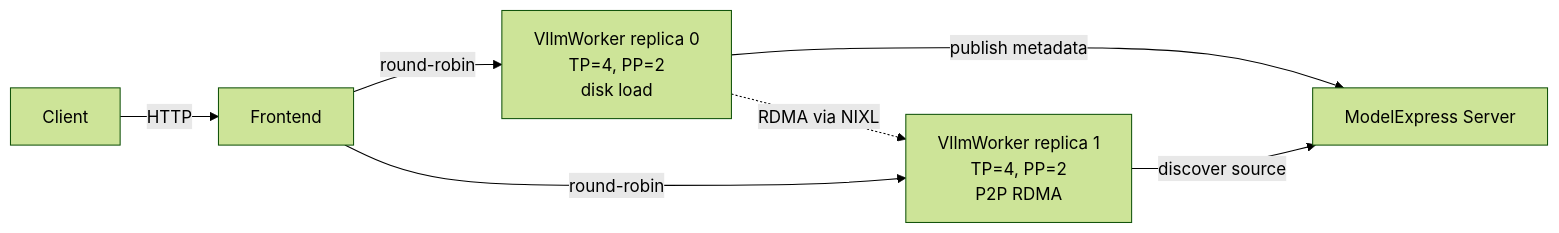
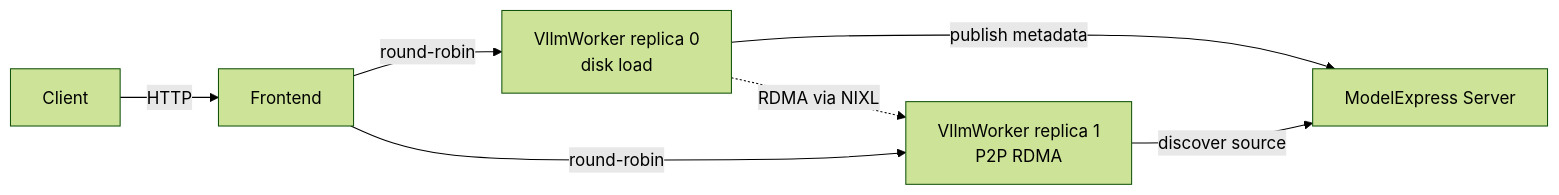
The first of 2 diagrams in examples/dynamo_p2p_transfer_k8s/README.md (ai-dynamo/modelexpress), drawn with Mermaid (forest theme) before and after one commit. The commit also changed other lines of this file and 3 other files, not shown here.

````diff
--- a/examples/dynamo_p2p_transfer_k8s/README.md
+++ b/examples/dynamo_p2p_transfer_k8s/README.md
@@ -7,9 +16,9 @@
 ```mermaid
 graph LR
     Client -->|HTTP| Frontend
-    Frontend -->|round-robin| Worker0[VllmWorker replica 0<br/>TP=4, PP=2<br/>disk load]
-    Frontend -->|round-robin| Worker1[VllmWorker replica 1<br/>TP=4, PP=2<br/>P2P RDMA]
+    Frontend -->|round-robin| Worker0[VllmWorker replica 0<br/>disk load]
+    Frontend -->|round-robin| Worker1[VllmWorker replica 1<br/>P2P RDMA]
     Worker0 -->|publish metadata| MX[ModelExpress Server]
     Worker1 -->|discover source| MX
     Worker0 -.->|RDMA via NIXL| Worker1
 ```
````
